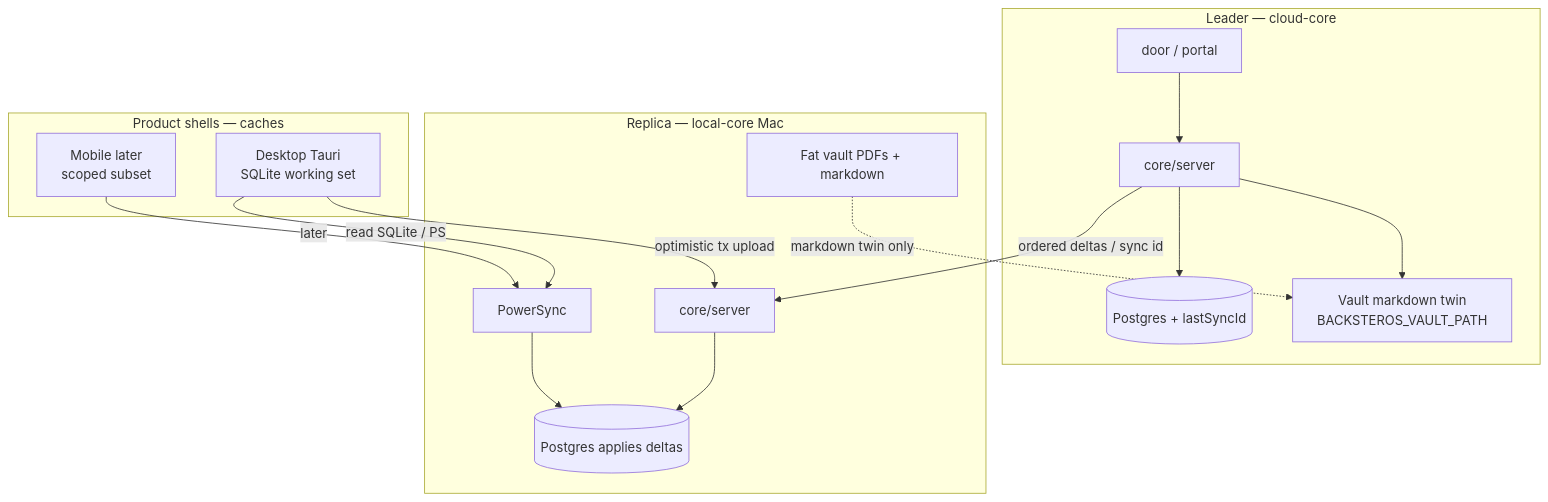
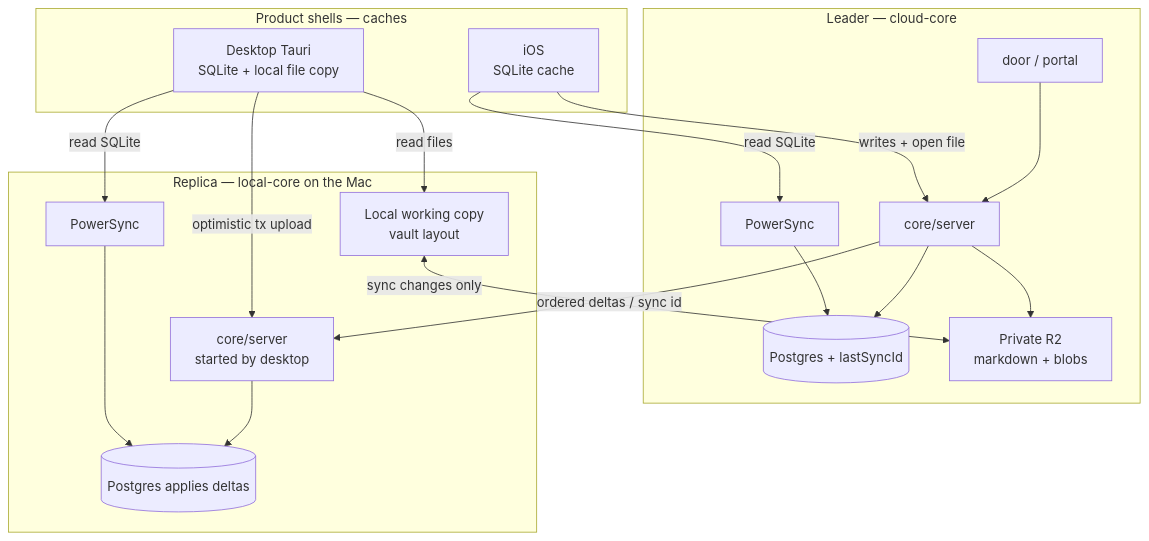
Before and after one commit to remondevries/backsteros: the diagram in docs/16-linear-shaped-sync.md, drawn with Mermaid. The commit also changed other lines of this file and 215 other files, not shown here.

````diff
--- a/docs/16-linear-shaped-sync.md
+++ b/docs/16-linear-shaped-sync.md
@@ -22,32 +23,36 @@
 ```mermaid
 flowchart TB
   subgraph clients [Product shells — caches]
-    Desktop[Desktop Tauri\nSQLite working set]
-    Mobile[Mobile later\nscoped subset]
+    Desktop[Desktop Tauri\nSQLite + local file copy]
+    Mobile[iOS\nSQLite cache]
   end
 
   subgraph leader [Leader — cloud-core]
     CloudAPI[core/server]
     CloudPG[(Postgres + lastSyncId)]
-    CloudVault["Vault markdown twin\nBACKSTEROS_VAULT_PATH"]
+    CloudPS[PowerSync]
+    R2["Private R2\nmarkdown + blobs"]
     Door[door / portal]
   end
 
-  subgraph replica [Replica — local-core Mac]
-    LocalAPI[core/server]
+  subgraph replica [Replica — local-core on the Mac]
+    LocalAPI[core/server\nstarted by desktop]
     LocalPG[(Postgres applies deltas)]
     LocalPS[PowerSync]
-    LocalVault["Fat vault PDFs + markdown"]
+    LocalVault["Local working copy\nvault layout"]
   end
 
   Door --> CloudAPI
   CloudAPI --> CloudPG
-  CloudAPI --> CloudVault
+  CloudAPI --> R2
+  CloudPS --> CloudPG
   CloudAPI -->|"ordered deltas / sync id"| LocalAPI
   LocalAPI --> LocalPG
   LocalPS --> LocalPG
-  Desktop -->|"read SQLite / PS"| LocalPS
+  Desktop -->|"read SQLite"| LocalPS
   Desktop -->|"optimistic tx upload"| LocalAPI
-  Mobile -->|"later"| LocalPS
-  LocalVault -.->|"markdown twin only"| CloudVault
+  Desktop -->|"read files"| LocalVault
+  LocalVault <-->|"sync changes only"| R2
+  Mobile -->|"read SQLite"| CloudPS
+  Mobile -->|"writes + open file"| CloudAPI
 ```
````
